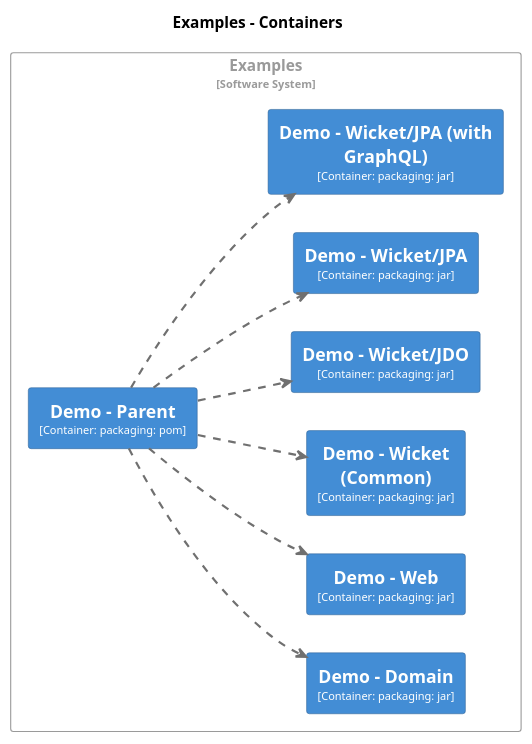
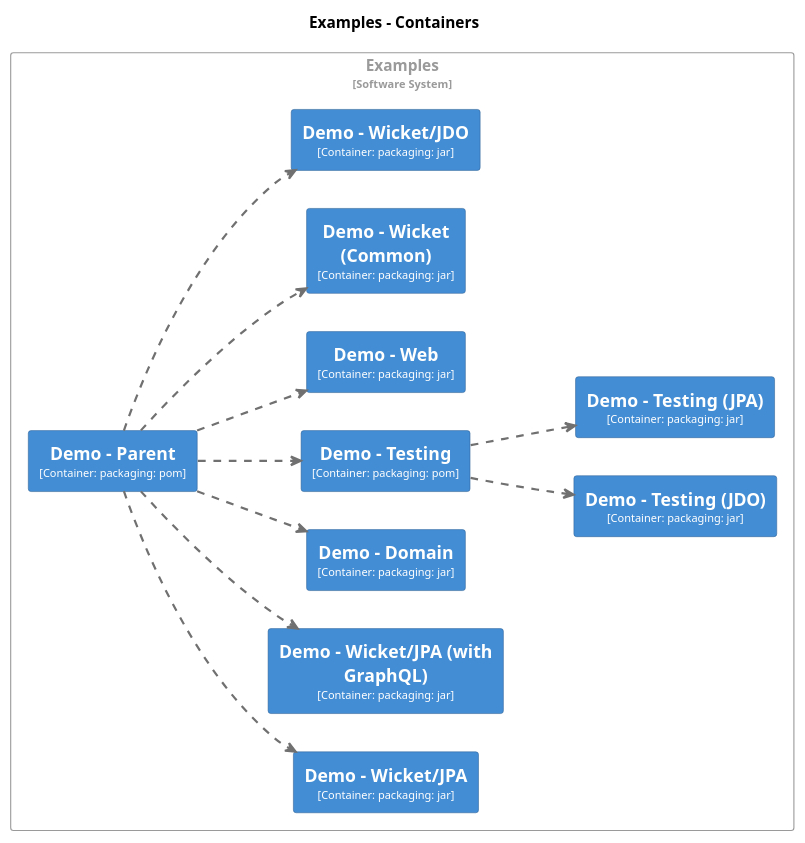
One commit to apache/causeway changed the fourth of 28 diagrams in core/adoc/modules/_overview/pages/about.adoc. Above: the diagram before and after it, drawn with PlantUML. The commit also changed other lines of this file and 15 other files, not shown here.

```diff
--- a/core/adoc/modules/_overview/pages/about.adoc
+++ b/core/adoc/modules/_overview/pages/about.adoc
@@ -651,7 +674,6 @@
 left to right direction
 
 skinparam {
-  shadowing false
   arrowFontSize 10
   defaultTextAlignment center
   wrapWidth 200
@@ -664,56 +686,89 @@
   BackgroundColor #438dd5
   FontColor #fffffe
   BorderColor #2e6295
+  shadowing false
 }
 skinparam rectangle<<Examples.DemoParent>> {
   BackgroundColor #438dd5
   FontColor #fffffe
   BorderColor #2e6295
+  shadowing false
+}
+skinparam rectangle<<Examples.DemoTesting>> {
+  BackgroundColor #438dd5
+  FontColor #fffffe
+  BorderColor #2e6295
+  shadowing false
+}
+skinparam rectangle<<Examples.DemoTestingJDO>> {
+  BackgroundColor #438dd5
+  FontColor #fffffe
+  BorderColor #2e6295
+  shadowing false
+}
+skinparam rectangle<<Examples.DemoTestingJPA>> {
+  BackgroundColor #438dd5
+  FontColor #fffffe
+  BorderColor #2e6295
+  shadowing false
 }
 skinparam rectangle<<Examples.DemoWeb>> {
   BackgroundColor #438dd5
   FontColor #fffffe
   BorderColor #2e6295
+  shadowing false
 }
 skinparam rectangle<<Examples.DemoWicketCommon>> {
   BackgroundColor #438dd5
   FontColor #fffffe
   BorderColor #2e6295
+  shadowing false
 }
 skinparam rectangle<<Examples.DemoWicketJDO>> {
   BackgroundColor #438dd5
   FontColor #fffffe
   BorderColor #2e6295
+  shadowing false
 }
 skinparam rectangle<<Examples.DemoWicketJPA>> {
   BackgroundColor #438dd5
   FontColor #fffffe
   BorderColor #2e6295
+  shadowing false
 }
 skinparam rectangle<<Examples.DemoWicketJPAwithGraphQL>> {
   BackgroundColor #438dd5
   FontColor #fffffe
   BorderColor #2e6295
+  shadowing false
+}
+skinparam rectangle<<Examples>> {
+  BorderColor #9a9a9a
+  FontColor #9a9a9a
+  shadowing false
 }
 
 rectangle "Examples\n<size:10>[Software System]</size>" <<Examples>> {
-  skinparam RectangleBorderColor<<Examples>> #9a9a9a
-  skinparam RectangleFontColor<<Examples>> #9a9a9a
-
+  rectangle "==Demo - Wicket/JPA\n<size:10>[Container: packaging: jar]</size>" <<Examples.DemoWicketJPA>> as Examples.DemoWicketJPA
+  rectangle "==Demo - Wicket/JPA (with GraphQL)\n<size:10>[Container: packaging: jar]</size>" <<Examples.DemoWicketJPAwithGraphQL>> as Examples.DemoWicketJPAwithGraphQL
   rectangle "==Demo - Parent\n<size:10>[Container: packaging: pom]</size>" <<Examples.DemoParent>> as Examples.DemoParent
   rectangle "==Demo - Domain\n<size:10>[Container: packaging: jar]</size>" <<Examples.DemoDomain>> as Examples.DemoDomain
+  rectangle "==Demo - Testing\n<size:10>[Container: packaging: pom]</size>" <<Examples.DemoTesting>> as Examples.DemoTesting
+  rectangle "==Demo - Testing (JDO)\n<size:10>[Container: packaging: jar]</size>" <<Examples.DemoTestingJDO>> as Examples.DemoTestingJDO
+  rectangle "==Demo - Testing (JPA)\n<size:10>[Container: packaging: jar]</size>" <<Examples.DemoTestingJPA>> as Examples.DemoTestingJPA
   rectangle "==Demo - Web\n<size:10>[Container: packaging: jar]</size>" <<Examples.DemoWeb>> as Examples.DemoWeb
   rectangle "==Demo - Wicket (Common)\n<size:10>[Container: packaging: jar]</size>" <<Examples.DemoWicketCommon>> as Examples.DemoWicketCommon
   rectangle "==Demo - Wicket/JDO\n<size:10>[Container: packaging: jar]</size>" <<Examples.DemoWicketJDO>> as Examples.DemoWicketJDO
-  rectangle "==Demo - Wicket/JPA\n<size:10>[Container: packaging: jar]</size>" <<Examples.DemoWicketJPA>> as Examples.DemoWicketJPA
-  rectangle "==Demo - Wicket/JPA (with GraphQL)\n<size:10>[Container: packaging: jar]</size>" <<Examples.DemoWicketJPAwithGraphQL>> as Examples.DemoWicketJPAwithGraphQL
 }
 
+Examples.DemoParent .[#707070,thickness=2].> Examples.DemoDomain : "<color:#707070>"
+Examples.DemoParent .[#707070,thickness=2].> Examples.DemoTesting : "<color:#707070>"
 Examples.DemoParent .[#707070,thickness=2].> Examples.DemoWeb : "<color:#707070>"
 Examples.DemoParent .[#707070,thickness=2].> Examples.DemoWicketCommon : "<color:#707070>"
 Examples.DemoParent .[#707070,thickness=2].> Examples.DemoWicketJDO : "<color:#707070>"
 Examples.DemoParent .[#707070,thickness=2].> Examples.DemoWicketJPA : "<color:#707070>"
 Examples.DemoParent .[#707070,thickness=2].> Examples.DemoWicketJPAwithGraphQL : "<color:#707070>"
-Examples.DemoParent .[#707070,thickness=2].> Examples.DemoDomain : "<color:#707070>"
+Examples.DemoTesting .[#707070,thickness=2].> Examples.DemoTestingJDO : "<color:#707070>"
+Examples.DemoTesting .[#707070,thickness=2].> Examples.DemoTestingJPA : "<color:#707070>"
 @enduml
 ----
```
